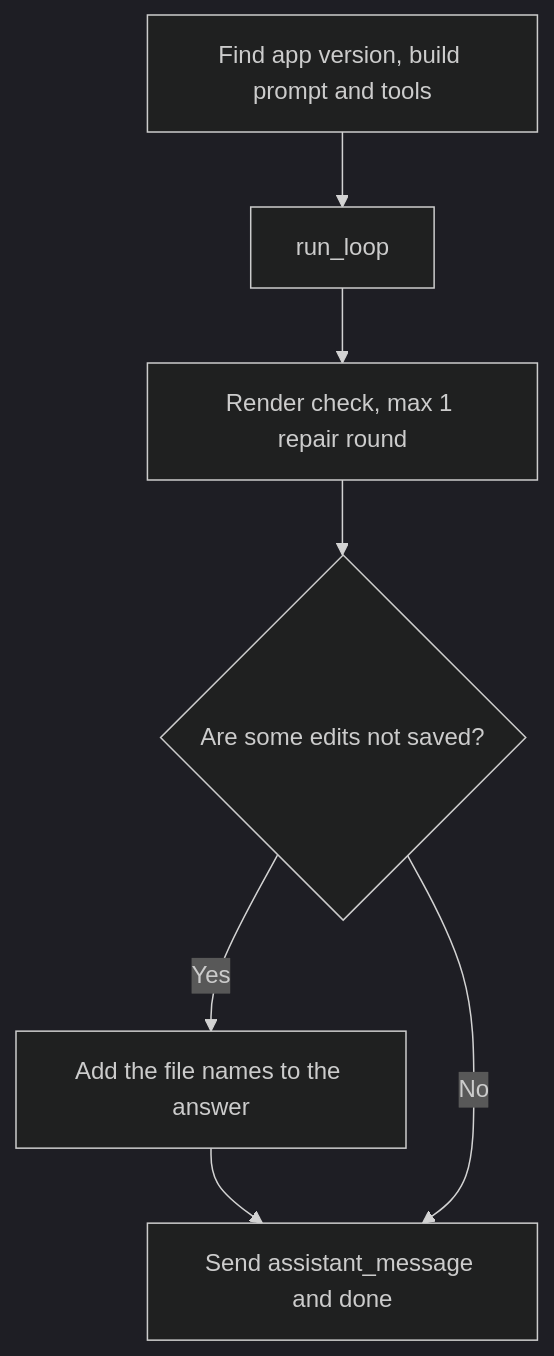
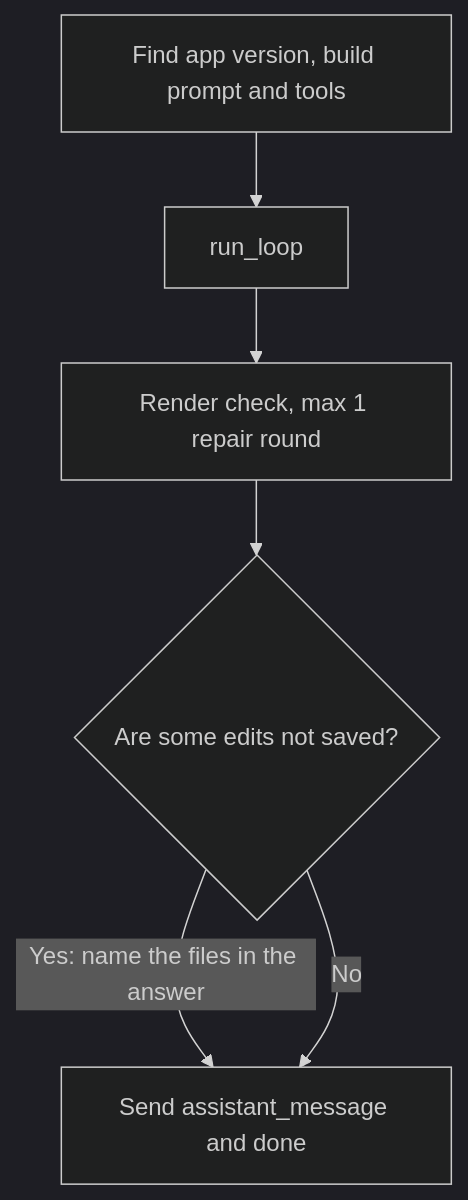
The fifth of 6 diagrams in src/AI/assistant/docs/modules/graph.md (Altinn/altinn-studio), drawn with Mermaid (dark theme) before and after one commit. The commit also changed other lines of this file and 10 other files, not shown here.

Commit message:
docs(assistant): add the rules for the architecture guide, and fix the pages that drifted from them

````diff
--- a/src/AI/assistant/docs/modules/graph.md
+++ b/src/AI/assistant/docs/modules/graph.md
@@ -93,9 +91,8 @@
 ```mermaid
 flowchart TD
   A["Find app version, build prompt and tools"] --> B["run_loop"]
   B --> D["Render check, max 1 repair round"]
   D --> U{"Are some edits not saved?"}
-  U -->|Yes| S["Add the file names to the answer"]
-  S --> E["Send assistant_message and done"]
+  U -->|"Yes: name the files in the answer"| E["Send assistant_message and done"]
   U -->|No| E
 ```
````
